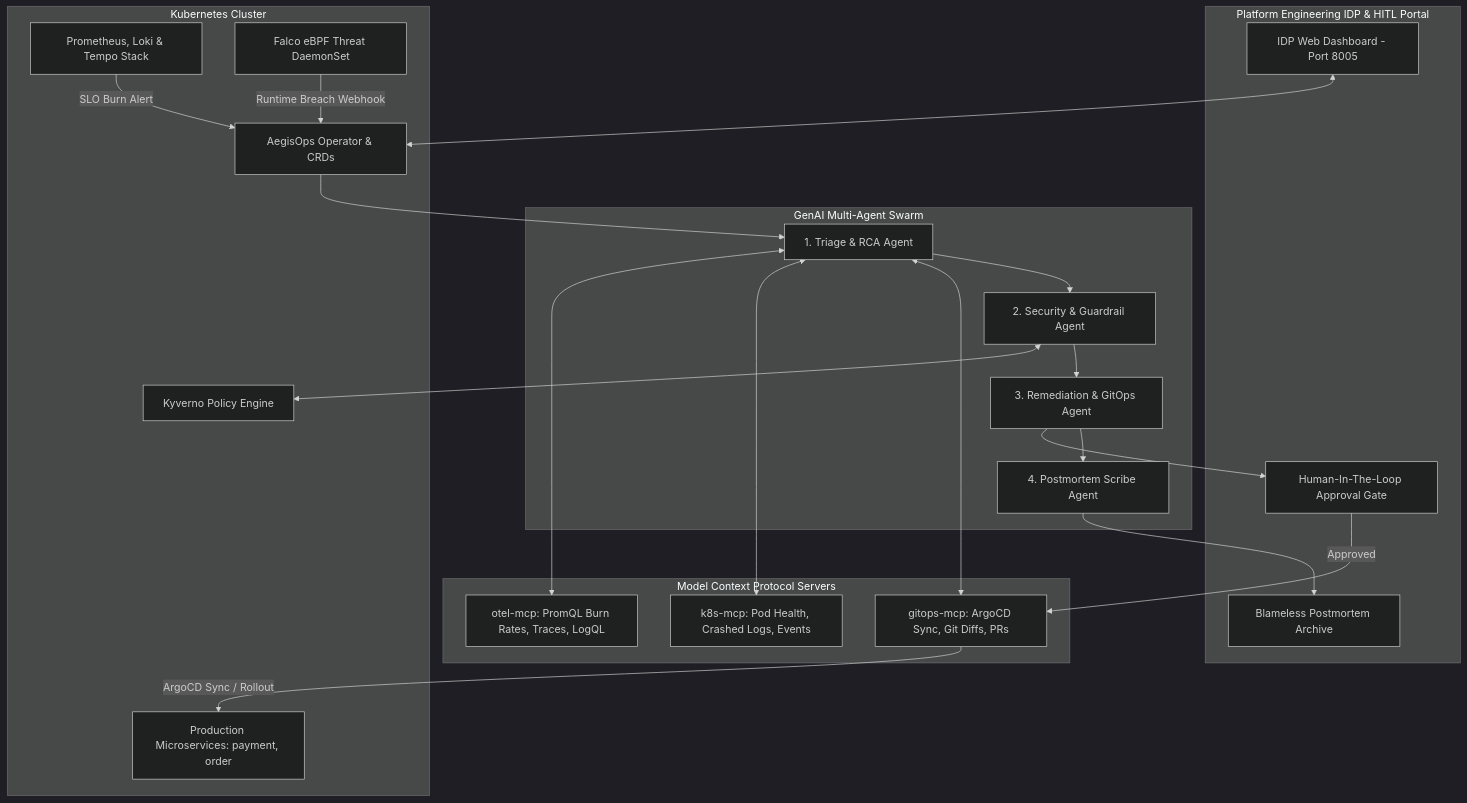
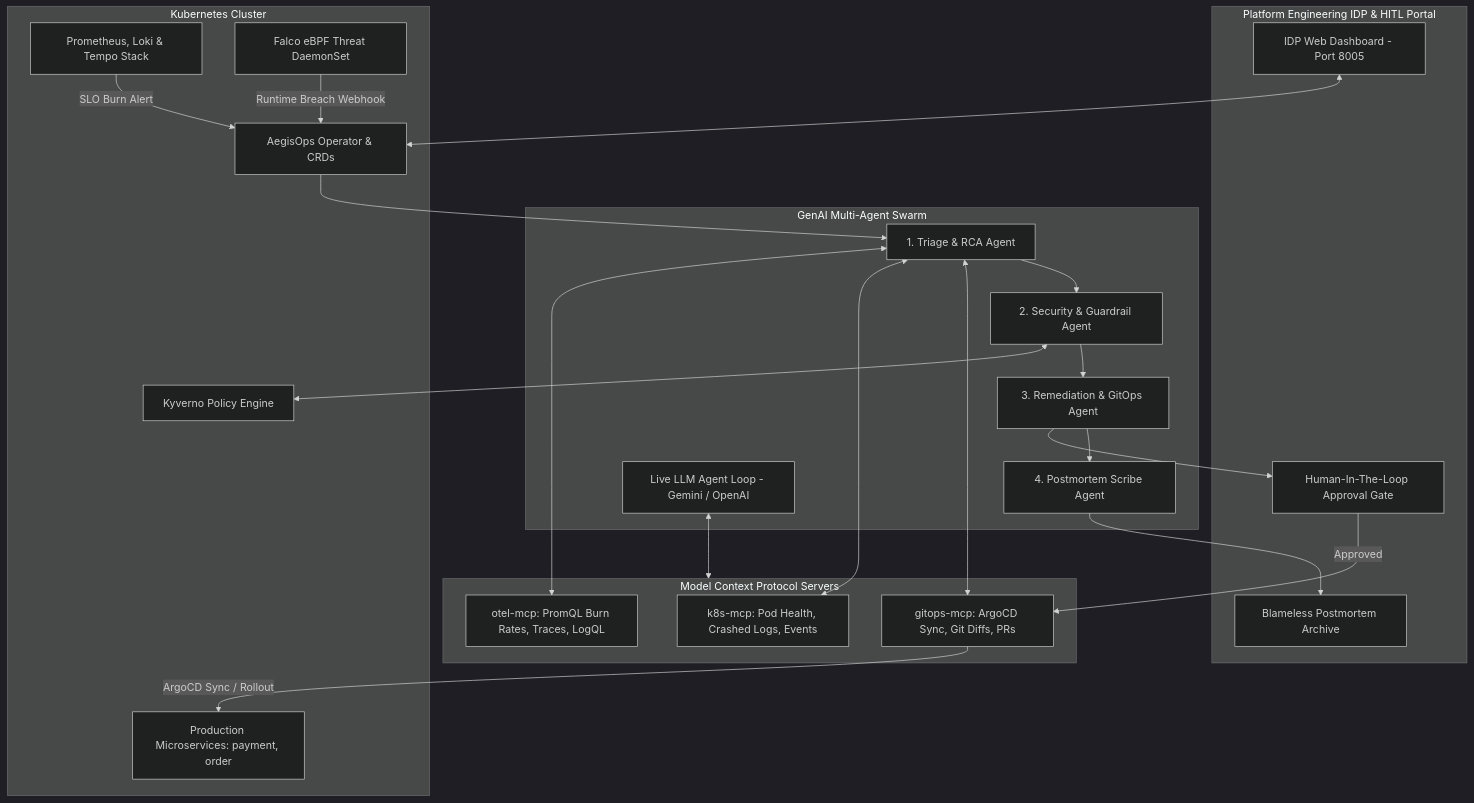
One commit to Gangadhar-J/aegisops changed the diagram in README.md. Above: the diagram before and after it, drawn with Mermaid (dark theme). The commit also changed other lines of this file and 1 other file, not shown here.

````diff
--- a/README.md
+++ b/README.md
@@ -17,45 +25,47 @@
 ```mermaid
 graph TD
     subgraph Platform_Layer [Platform Engineering IDP & HITL Portal]
         UI[IDP Web Dashboard - Port 8005]
         HITL[Human-In-The-Loop Approval Gate]
         PM[Blameless Postmortem Archive]
     end
 
     subgraph Agent_Swarm [GenAI Multi-Agent Swarm]
         Triage[1. Triage & RCA Agent]
         Security[2. Security & Guardrail Agent]
         Remediation[3. Remediation & GitOps Agent]
         Scribe[4. Postmortem Scribe Agent]
+        LLMLoop[Live LLM Agent Loop - Gemini / OpenAI]
     end
 
     subgraph MCP_Layer [Model Context Protocol Servers]
         K8sMCP[k8s-mcp: Pod Health, Crashed Logs, Events]
         OtelMCP[otel-mcp: PromQL Burn Rates, Traces, LogQL]
         GitOpsMCP[gitops-mcp: ArgoCD Sync, Git Diffs, PRs]
     end
 
     subgraph K8s_Infrastructure [Kubernetes Cluster]
         Operator[AegisOps Operator & CRDs]
         Observability[Prometheus, Loki & Tempo Stack]
         Kyverno[Kyverno Policy Engine]
         Falco[Falco eBPF Threat DaemonSet]
         Apps[Production Microservices: payment, order]
     end
 
     Observability -- SLO Burn Alert --> Operator
     Falco -- Runtime Breach Webhook --> Operator
     Operator --> Triage
     Triage <--> OtelMCP
     Triage <--> K8sMCP
     Triage <--> GitOpsMCP
     Triage --> Security
     Security <--> Kyverno
     Security --> Remediation
     Remediation --> HITL
     HITL -- Approved --> GitOpsMCP
     GitOpsMCP -- ArgoCD Sync / Rollout --> Apps
     Remediation --> Scribe
     Scribe --> PM
     UI <--> Operator
+    LLMLoop <--> MCP_Layer
 ```
````
